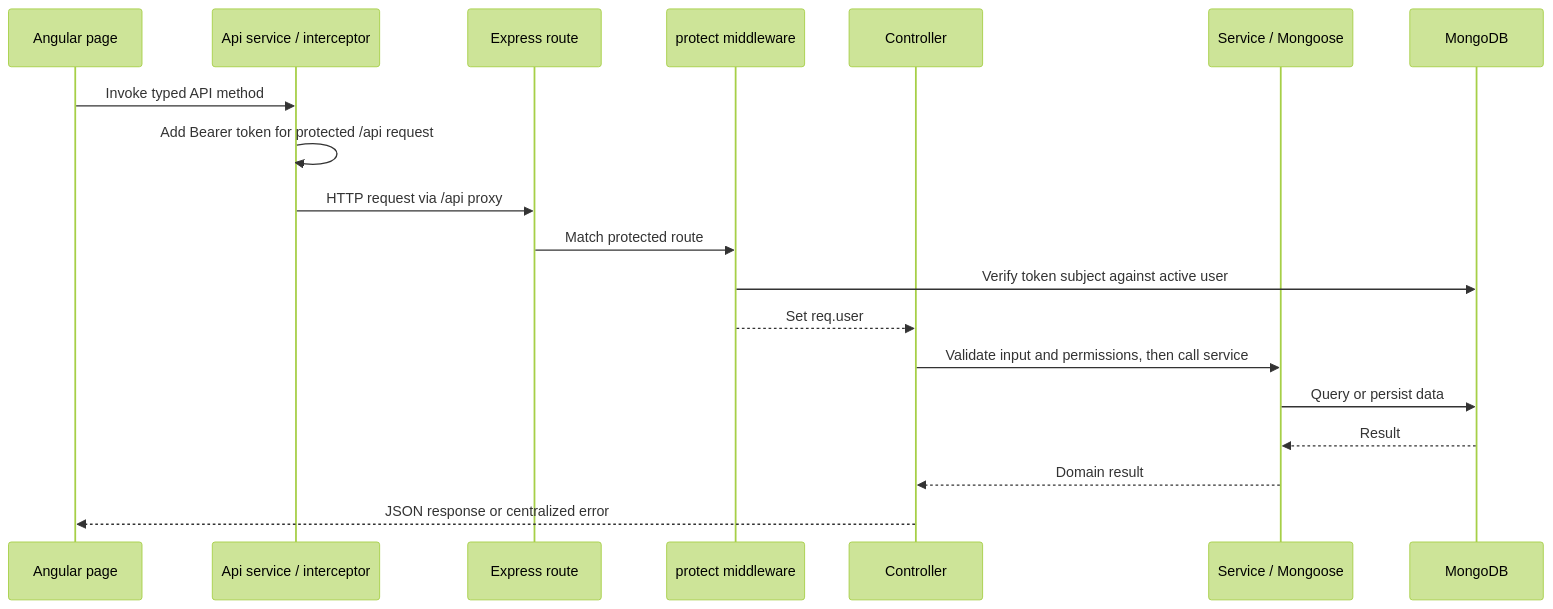
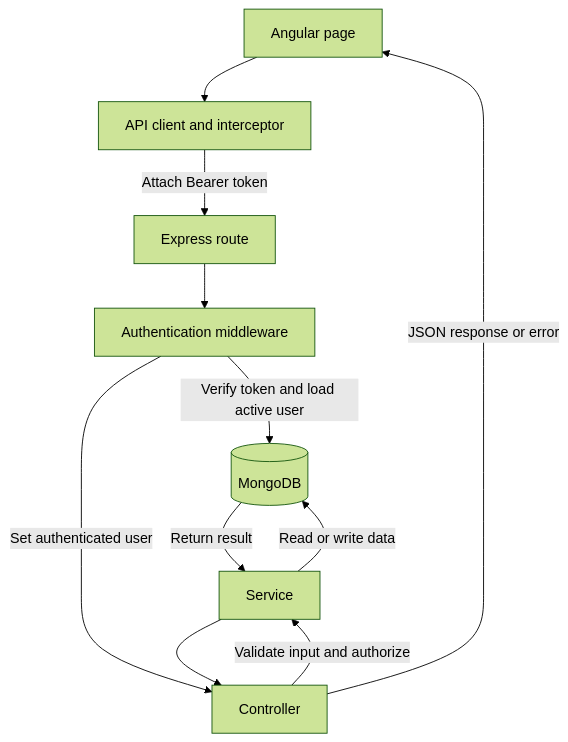
One commit to GayathriReddy02/TaskManagement changed the second of 5 diagrams in docs/ARCHITECTURE.md. Above: the diagram before and after it, drawn with Mermaid (forest theme).

Commit message:
fix the flowchart img in arch.md

````diff
--- a/docs/ARCHITECTURE.md
+++ b/docs/ARCHITECTURE.md
@@ -61,21 +61,13 @@
 ```mermaid
-sequenceDiagram
-    participant UI as Angular page
-    participant API as Api service / interceptor
-    participant Router as Express route
-    participant Auth as protect middleware
-    participant Ctrl as Controller
-    participant Svc as Service / Mongoose
-    participant DB as MongoDB
-    UI->>API: Invoke typed API method
-    API->>API: Add Bearer token for protected /api request
-    API->>Router: HTTP request via /api proxy
-    Router->>Auth: Match protected route
-    Auth->>DB: Verify token subject against active user
-    Auth-->>Ctrl: Set req.user
-    Ctrl->>Svc: Validate input and permissions, then call service
-    Svc->>DB: Query or persist data
-    DB-->>Svc: Result
-    Svc-->>Ctrl: Domain result
-    Ctrl-->>UI: JSON response or centralized error
+flowchart TD
+    UI[Angular page] --> API[API client and interceptor]
+    API -->|Attach Bearer token| Router[Express route]
+    Router --> Auth[Authentication middleware]
+    Auth -->|Verify token and load active user| DB[(MongoDB)]
+    Auth -->|Set authenticated user| Ctrl[Controller]
+    Ctrl -->|Validate input and authorize| Svc[Service]
+    Svc -->|Read or write data| DB
+    DB -->|Return result| Svc
+    Svc --> Ctrl
+    Ctrl -->|JSON response or error| UI
 ```
````
